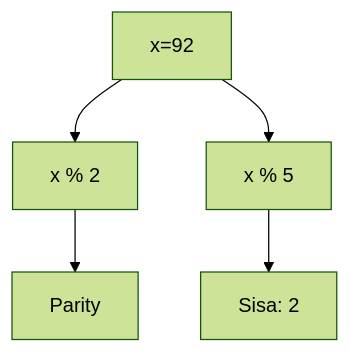
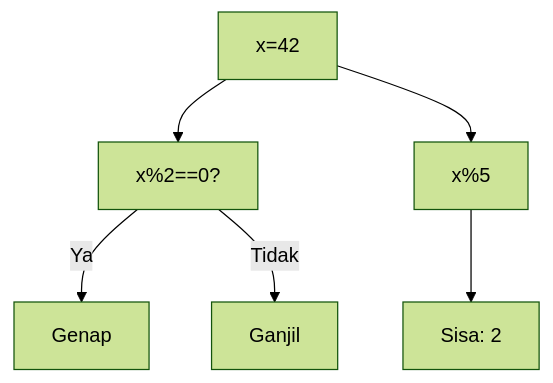
One commit to amnahwaida/OSNK_INF_PREP changed diagram 14 of 25 in part-c-pemahaman-cpp/06-bitwise/latihan/set-07.md. Above: the diagram before and after it, drawn with Mermaid (forest theme). The commit also changed other lines of this file and 71 other files, not shown here.

Commit message:
Fixed Mermaid syntax lexical errors with quoted labels in 1,800 questions

````diff
--- a/part-c-pemahaman-cpp/06-bitwise/latihan/set-07.md
+++ b/part-c-pemahaman-cpp/06-bitwise/latihan/set-07.md
@@ -416,7 +435,8 @@
 ```mermaid
 graph TD
-A[x=92] --> B[x % 2]
-B --> C[Parity]
-A --> D[x % 5]
-D --> E[Sisa: 2]
+A["x=42"] --> B["x%2==0?"]
+B -- Ya --> C["Genap"]
+B -- Tidak --> D["Ganjil"]
+A --> E["x%5"]
+E --> F["Sisa: 2"]
 ```
````
